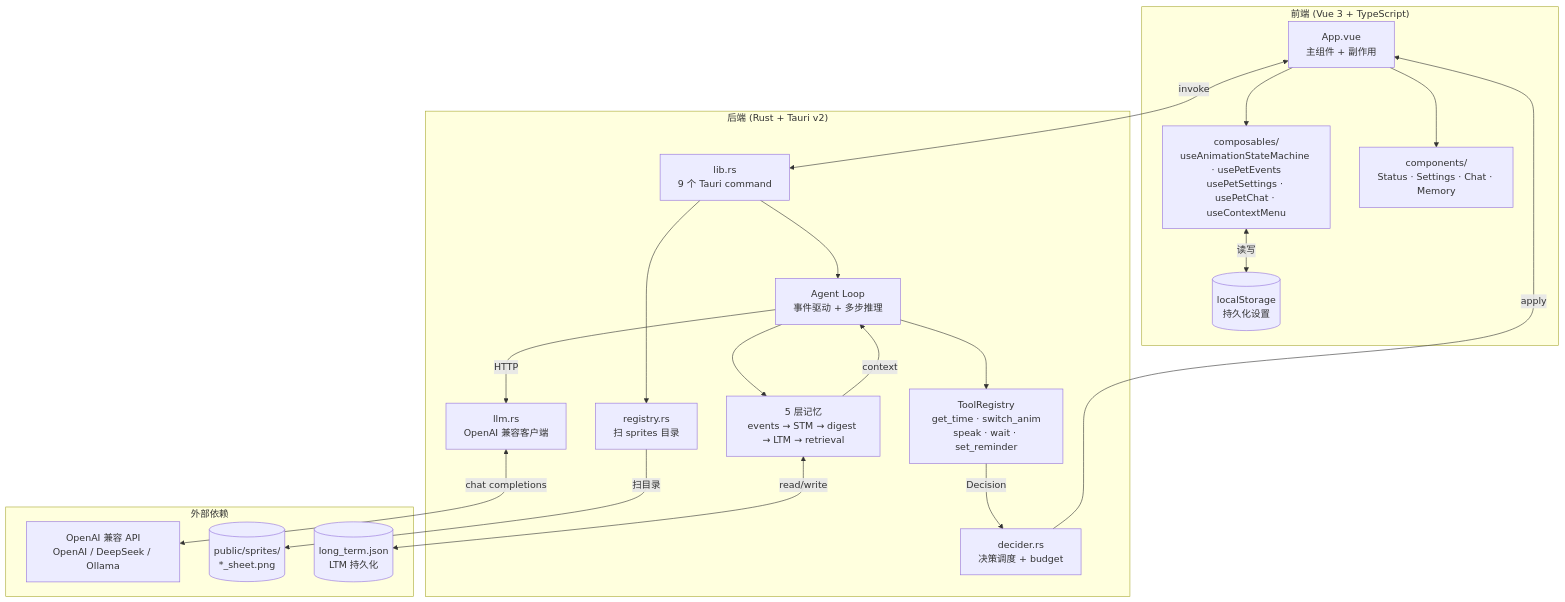
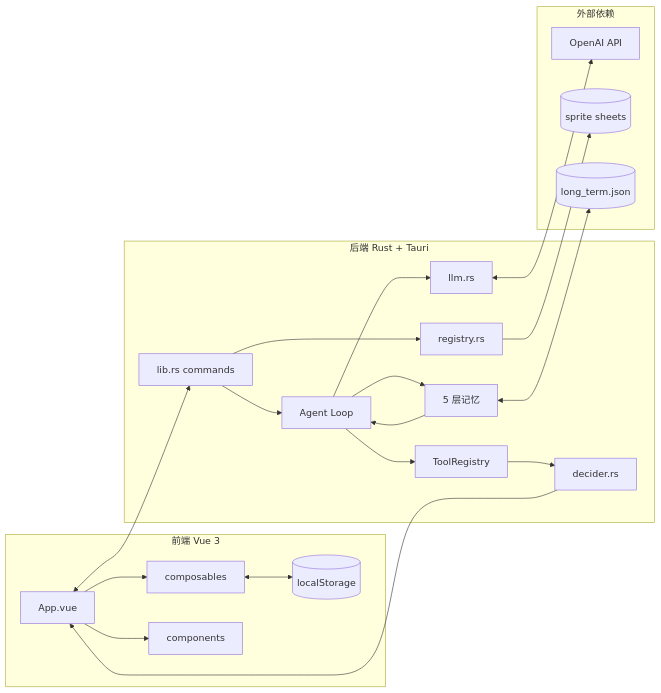
One commit to darven-cs/desktop-pet changed the diagram in README.md. Above: the diagram before and after it, drawn with Mermaid. The commit also changed 2 other files, not shown here.

Commit message:
fix: right-click exit not working + simplify Mermaid diagram
Exit:
- Add core:window:allow-close permission (Tauri v2 requires explicit
  grant for destructive close, core:window:default does not include it)
- Convert exit onClick to async + try/catch so any future rejection
  surfaces in console instead of as unhandled promise rejection

Mermaid:
- Switch to flowchart LR (horizontal layout, more room for layout)
- Strip <br/>, ·, and long parenthetical labels
- Reduce edge labels to <=8 chars

````diff
--- a/README.md
+++ b/README.md
@@ -85,41 +85,41 @@
 ```mermaid
-graph TB
-    subgraph FW["前端 (Vue 3 + TypeScript)"]
-        App[App.vue<br/>主组件 + 副作用]
-        Comp[composables/<br/>useAnimationStateMachine · usePetEvents<br/>usePetSettings · usePetChat · useContextMenu]
-        Panels[components/<br/>Status · Settings · Chat · Memory]
-        LocalStorage[(localStorage<br/>持久化设置)]
+flowchart LR
+    subgraph FW[前端 Vue 3]
+        App[App.vue]
+        Comp[composables]
+        Panels[components]
+        Settings[(localStorage)]
     end
 
-    subgraph BE["后端 (Rust + Tauri v2)"]
-        Commands[lib.rs<br/>9 个 Tauri command]
-        AgentLoop[Agent Loop<br/>事件驱动 + 多步推理]
-        Tools[ToolRegistry<br/>get_time · switch_anim<br/>speak · wait · set_reminder]
-        Memory[5 层记忆<br/>events → STM → digest → LTM → retrieval]
-        LLM[llm.rs<br/>OpenAI 兼容客户端]
-        Decider[decider.rs<br/>决策调度 + budget]
-        Registry[registry.rs<br/>扫 sprites 目录]
+    subgraph BE[后端 Rust + Tauri]
+        Commands[lib.rs commands]
+        Agent[Agent Loop]
+        Tools[ToolRegistry]
+        Memory[5 层记忆]
+        LLM[llm.rs]
+        Decider[decider.rs]
+        Registry[registry.rs]
     end
 
-    subgraph EXT["外部依赖"]
-        LLMAPI[OpenAI 兼容 API<br/>OpenAI / DeepSeek / Ollama]
-        Sheets[(public/sprites/<br/>*_sheet.png)]
-        LTMFile[(long_term.json<br/>LTM 持久化)]
+    subgraph EXT[外部依赖]
+        API[OpenAI API]
+        Sheets[(sprite sheets)]
+        LTM[(long_term.json)]
     end
 
     App --> Comp
     App --> Panels
-    Comp <-->|读写| LocalStorage
-    App <-->|invoke| Commands
-    Commands --> AgentLoop
+    Comp <--> Settings
+    App <--> Commands
+    Commands --> Agent
     Commands --> Registry
-    Registry -->|扫目录| Sheets
-    AgentLoop --> Memory
-    AgentLoop --> Tools
-    AgentLoop -->|HTTP| LLM
-    LLM <-->|chat completions| LLMAPI
-    Tools -->|Decision| Decider
-    Decider -->|apply| App
-    Memory <-->|read/write| LTMFile
-    Memory -->|context| AgentLoop
+    Registry --> Sheets
+    Agent --> Memory
+    Agent --> Tools
+    Agent --> LLM
+    LLM <--> API
+    Tools --> Decider
+    Decider --> App
+    Memory <--> LTM
+    Memory --> Agent
 ```
````
